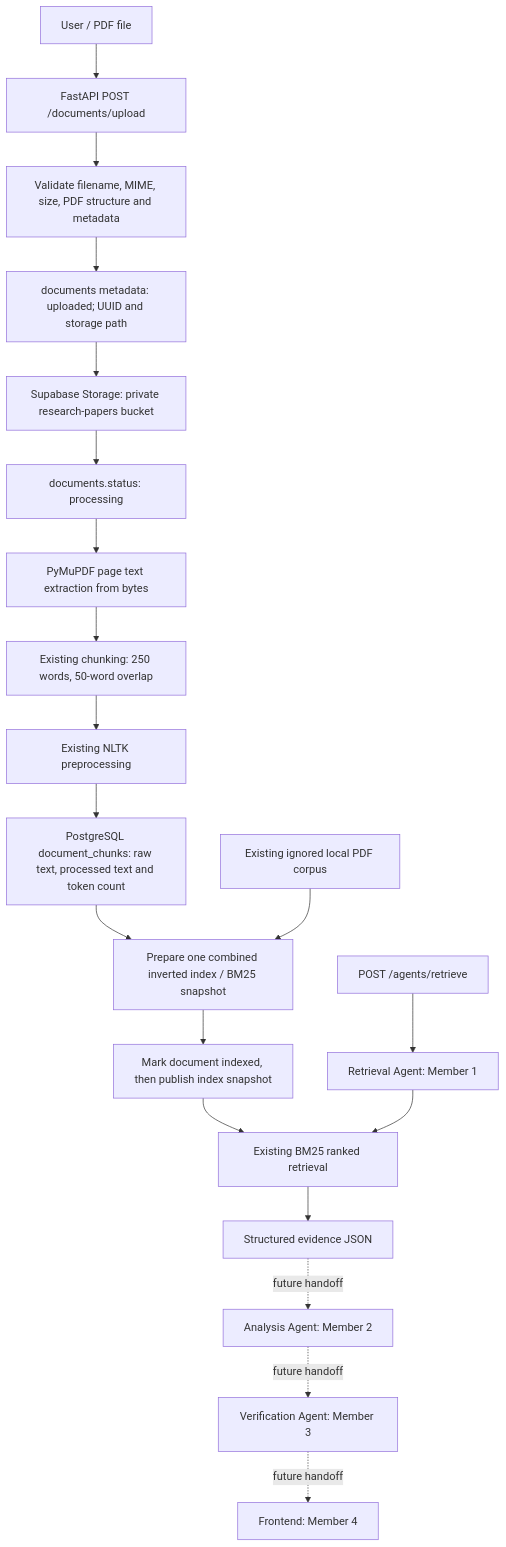
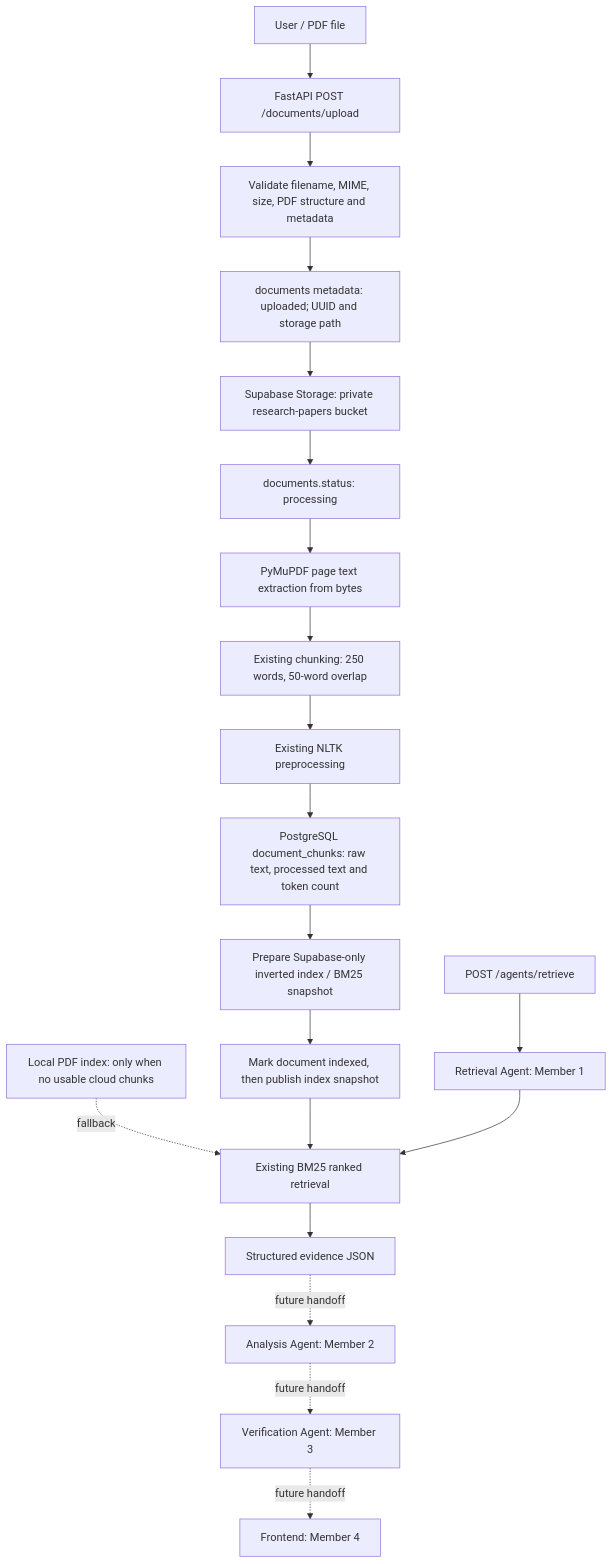
One commit to lakshithakalhara7/scientific-research-ai changed the diagram in docs/architecture.md. Above: the diagram before and after it, drawn with Mermaid. The commit also changed other lines of this file and 4 other files, not shown here.

````diff
--- a/docs/architecture.md
+++ b/docs/architecture.md
@@ -10,22 +10,22 @@
 ```mermaid
 flowchart TD
     U["User / PDF file"] --> A["FastAPI POST /documents/upload"]
     A --> V["Validate filename, MIME, size, PDF structure and metadata"]
     V --> D["documents metadata: uploaded; UUID and storage path"]
     D --> S["Supabase Storage: private research-papers bucket"]
     S --> P["documents.status: processing"]
     P --> E["PyMuPDF page text extraction from bytes"]
     E --> C["Existing chunking: 250 words, 50-word overlap"]
     C --> N["Existing NLTK preprocessing"]
     N --> T["PostgreSQL document_chunks: raw text, processed text and token count"]
-    T --> I["Prepare one combined inverted index / BM25 snapshot"]
-    L["Existing ignored local PDF corpus"] --> I
+    T --> I["Prepare Supabase-only inverted index / BM25 snapshot"]
+    L["Local PDF index: only when no usable cloud chunks"] -. fallback .-> B
     I --> F["Mark document indexed, then publish index snapshot"]
     F --> B["Existing BM25 ranked retrieval"]
     Q["POST /agents/retrieve"] --> R["Retrieval Agent: Member 1"]
     R --> B
     B --> J["Structured evidence JSON"]
     J -. future handoff .-> AN["Analysis Agent: Member 2"]
     AN -. future handoff .-> VE["Verification Agent: Member 3"]
     VE -. future handoff .-> FE["Frontend: Member 4"]
 ```
````
